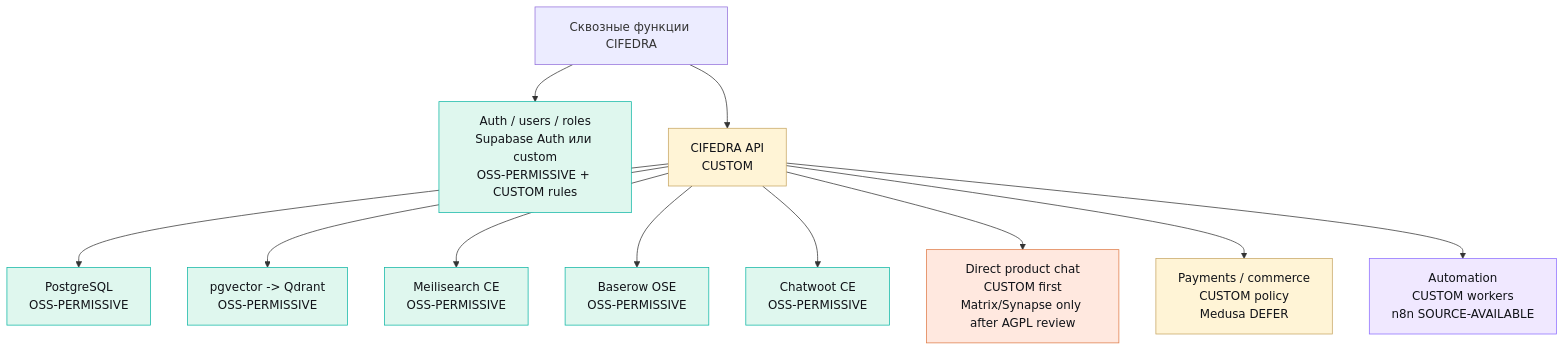
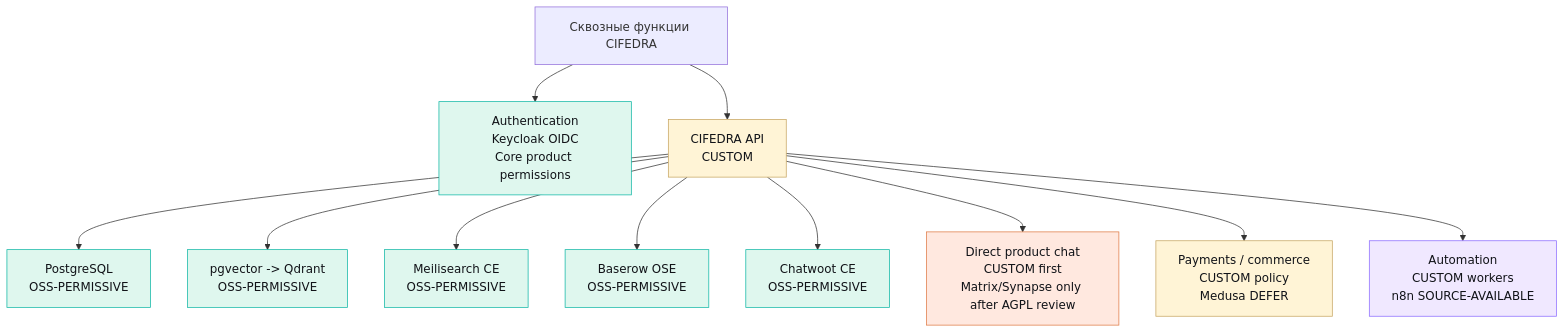
The fifth of 6 diagrams in knowledge/platforms/cifedra-connect-direction-solution-map.md (DIGITALATOM1/CIFEDRA), drawn with Mermaid before and after one commit. The commit also changed other lines of this file and 13 other files, not shown here.

Commit message:
Add CIFEDRA high-level architecture

````diff
--- a/knowledge/platforms/cifedra-connect-direction-solution-map.md
+++ b/knowledge/platforms/cifedra-connect-direction-solution-map.md
@@ -179,35 +180,35 @@
 ```mermaid
 flowchart TB
   Cross["Сквозные функции CIFEDRA"]
 
-  Auth["Auth / users / roles<br/>Supabase Auth или custom<br/>OSS-PERMISSIVE + CUSTOM rules"]
+  Auth["Authentication<br/>Keycloak OIDC<br/>Core product permissions"]
   API["CIFEDRA API<br/>CUSTOM"]
   Data["PostgreSQL<br/>OSS-PERMISSIVE"]
   Vector["pgvector -> Qdrant<br/>OSS-PERMISSIVE"]
   Search["Meilisearch CE<br/>OSS-PERMISSIVE"]
   Ops["Baserow OSE<br/>OSS-PERMISSIVE"]
   Support["Chatwoot CE<br/>OSS-PERMISSIVE"]
   Chat["Direct product chat<br/>CUSTOM first<br/>Matrix/Synapse only after AGPL review"]
   Pay["Payments / commerce<br/>CUSTOM policy<br/>Medusa DEFER"]
   Automation["Automation<br/>CUSTOM workers<br/>n8n SOURCE-AVAILABLE"]
 
   Cross --> Auth
   Cross --> API --> Data
   API --> Vector
   API --> Search
   API --> Ops
   API --> Support
   API --> Chat
   API --> Pay
   API --> Automation
 
   classDef custom fill:#fff4d6,stroke:#c7a663,color:#111318
   classDef permissive fill:#dff7ee,stroke:#10b7a6,color:#111318
   classDef caution fill:#ffe8df,stroke:#df7b47,color:#111318
   classDef source fill:#f0e8ff,stroke:#8c6cff,color:#111318
 
   class API,Pay custom
   class Auth,Data,Vector,Search,Ops,Support permissive
   class Chat caution
   class Automation source
 ```
````
